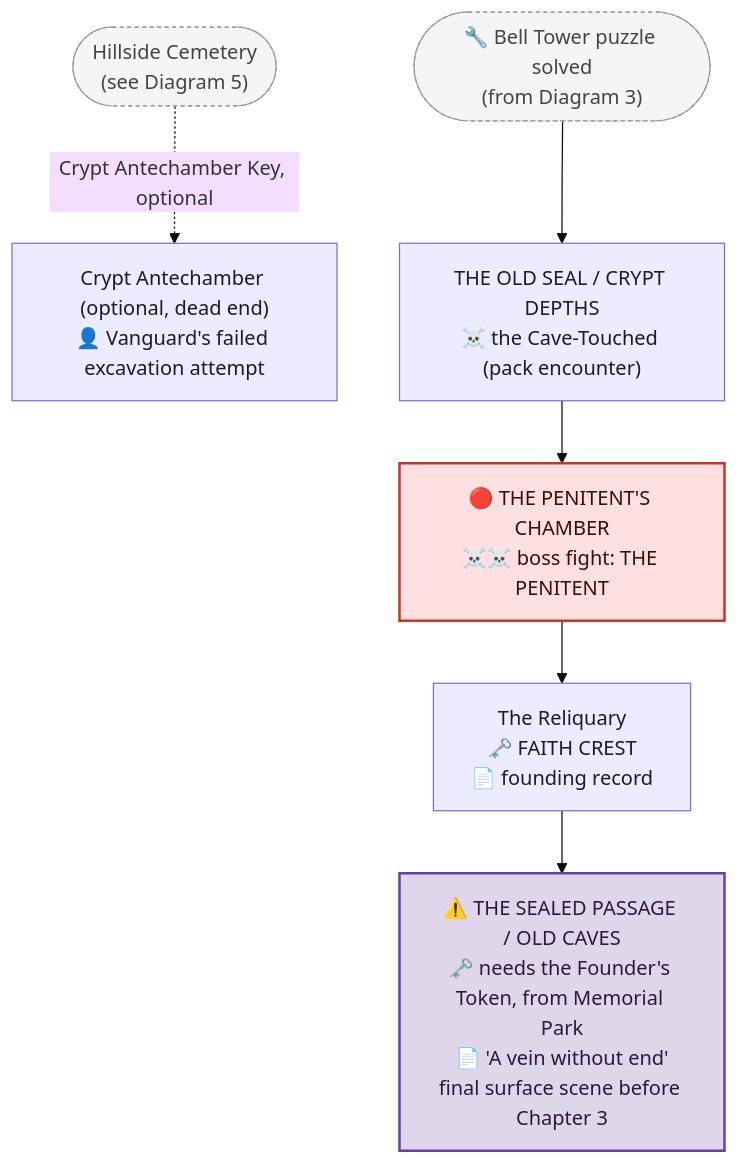
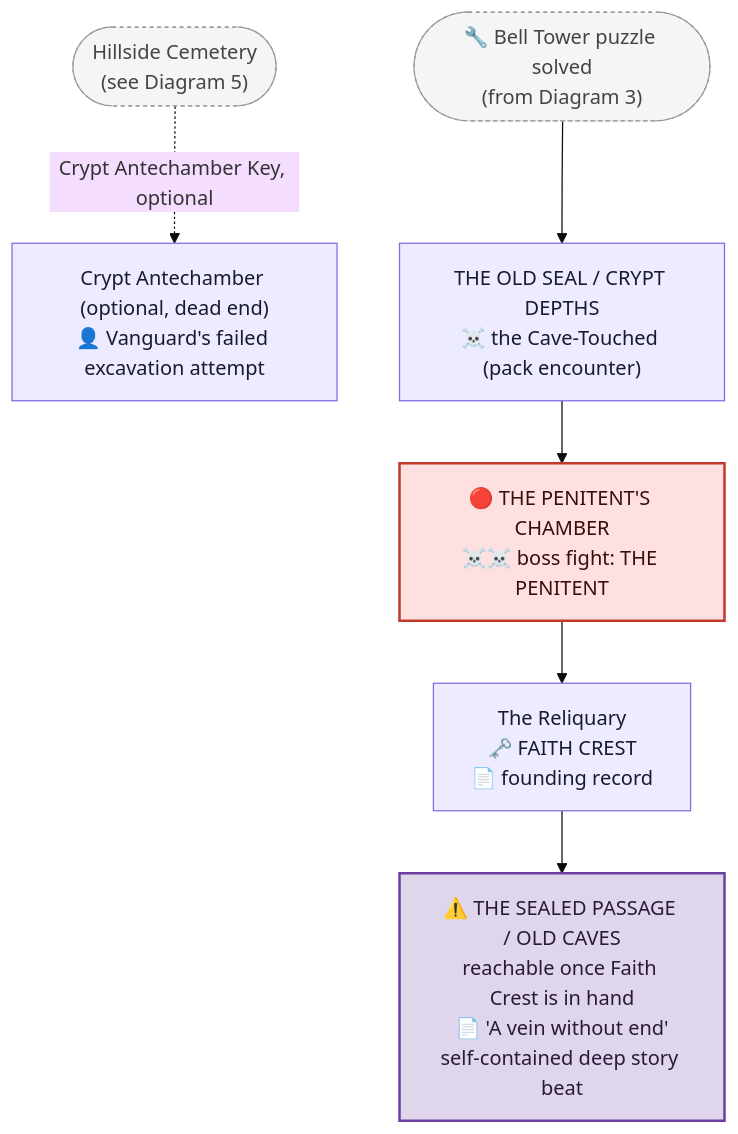
Before and after one commit to GIToez/Deadlock-Design: the fourth of 5 diagrams in DESIGN/Locations/Monastery.md, drawn with Mermaid (base theme). The commit also changed other lines of this file and 9 other files, not shown here.

````diff
--- a/DESIGN/Locations/Monastery.md
+++ b/DESIGN/Locations/Monastery.md
@@ -589,22 +592,22 @@
 ```mermaid
 flowchart TD
     BELLREF(["🔧 Bell Tower puzzle solved<br/>(from Diagram 3)"])
     CEMETERYREF(["Hillside Cemetery<br/>(see Diagram 5)"])
     ANTECHAMBER["Crypt Antechamber (optional, dead end)<br/>👤 Vanguard's failed excavation attempt"]
     OLDSEAL["THE OLD SEAL / CRYPT DEPTHS<br/>☠️ the Cave-Touched (pack encounter)"]
     PENITENT["🔴 THE PENITENT'S CHAMBER<br/>☠️☠️ boss fight: THE PENITENT"]
     RELIQUARY["The Reliquary<br/>🗝️ FAITH CREST<br/>📄 founding record"]
-    SEALEDPASSAGE["⚠️ THE SEALED PASSAGE / OLD CAVES<br/>🗝️ needs the Founder's Token, from Memorial Park<br/>📄 'A vein without end'<br/>final surface scene before Chapter 3"]
+    SEALEDPASSAGE["⚠️ THE SEALED PASSAGE / OLD CAVES<br/>reachable once Faith Crest is in hand<br/>📄 'A vein without end'<br/>self-contained deep story beat"]
 
     CEMETERYREF -. Crypt Antechamber Key, optional .-> ANTECHAMBER
     BELLREF --> OLDSEAL --> PENITENT --> RELIQUARY --> SEALEDPASSAGE
 
     classDef room fill:#EDEBFF,stroke:#7C6EE0,color:#1a1a2e
     classDef boss fill:#FFE0E0,stroke:#C0392B,color:#3a0d0d,stroke-width:2px
     classDef ref fill:#F5F5F5,stroke:#999999,color:#444444,stroke-dasharray:3 3
     classDef vanguard fill:#E0D6EC,stroke:#6A3FA0,color:#2a1a3a,stroke-width:2px
     class BELLREF,CEMETERYREF ref
     class ANTECHAMBER,OLDSEAL,RELIQUARY room
     class PENITENT boss
     class SEALEDPASSAGE vanguard
 ```
````
